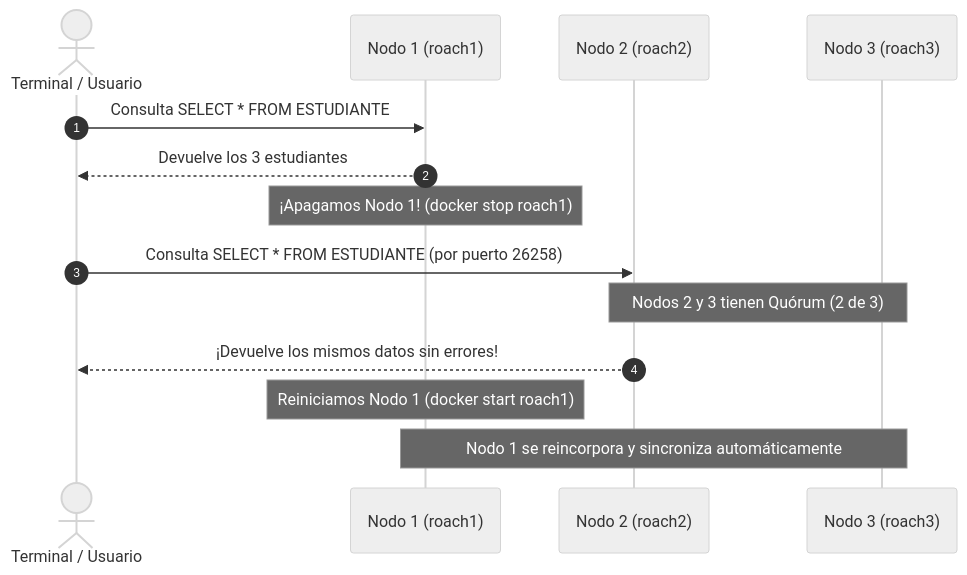
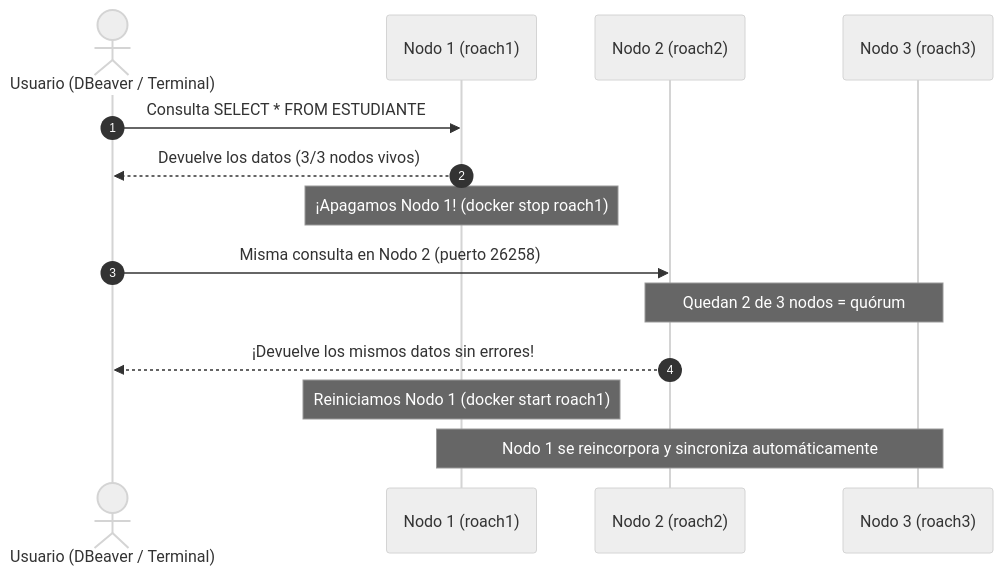
The second of 2 diagrams in README.md (Jhojan98/DistribuidasTaller1), drawn with Mermaid (neutral theme) before and after one commit. The commit also changed other lines of this file and 12 other files, not shown here.

````diff
--- a/README.md
+++ b/README.md
@@ -278,17 +454,17 @@
 ```mermaid
 sequenceDiagram
     autonumber
-    actor Tu as Terminal / Usuario
+    actor U as Usuario (DBeaver / Terminal)
     participant N1 as Nodo 1 (roach1)
     participant N2 as Nodo 2 (roach2)
     participant N3 as Nodo 3 (roach3)
 
-    Tu->>N1: Consulta SELECT * FROM ESTUDIANTE
-    N1-->>Tu: Devuelve los 3 estudiantes
+    U->>N1: Consulta SELECT * FROM ESTUDIANTE
+    N1-->>U: Devuelve los datos (3/3 nodos vivos)
     Note over N1: ¡Apagamos Nodo 1! (docker stop roach1)
-    Tu->>N2: Consulta SELECT * FROM ESTUDIANTE (por puerto 26258)
-    Note over N2,N3: Nodos 2 y 3 tienen Quórum (2 de 3)
-    N2-->>Tu: ¡Devuelve los mismos datos sin errores!
+    U->>N2: Misma consulta en Nodo 2 (puerto 26258)
+    Note over N2,N3: Quedan 2 de 3 nodos = quórum
+    N2-->>U: ¡Devuelve los mismos datos sin errores!
     Note over N1: Reiniciamos Nodo 1 (docker start roach1)
     Note over N1,N3: Nodo 1 se reincorpora y sincroniza automáticamente
 ```
````
